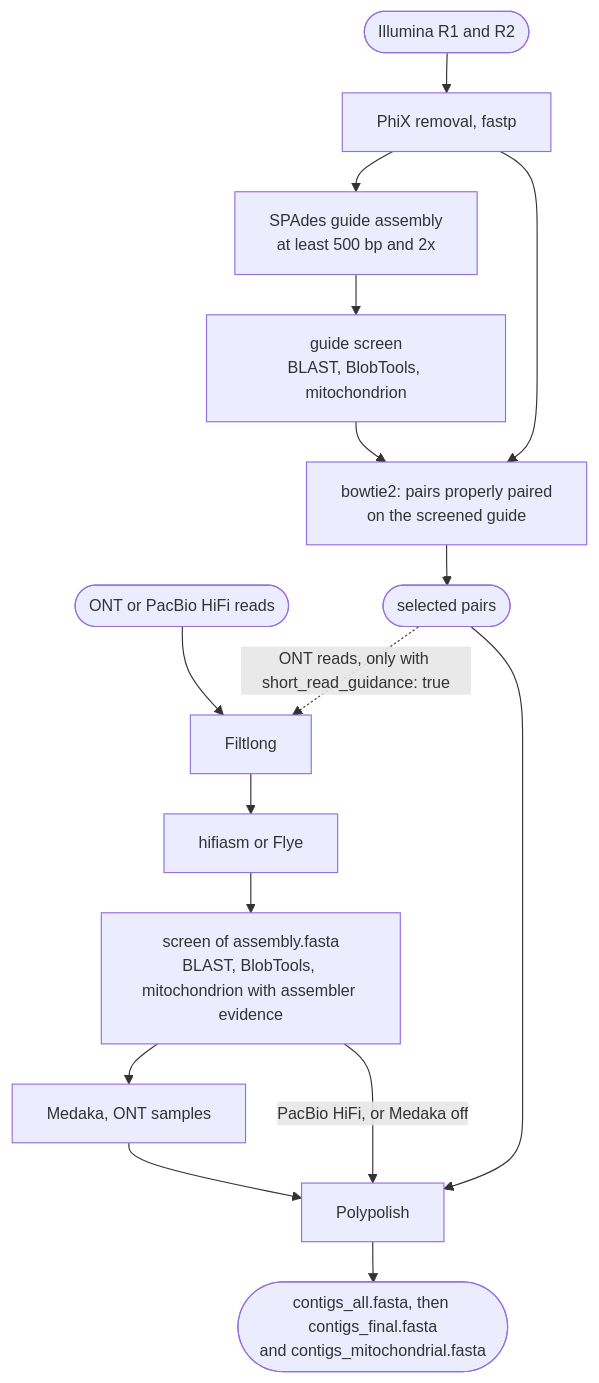
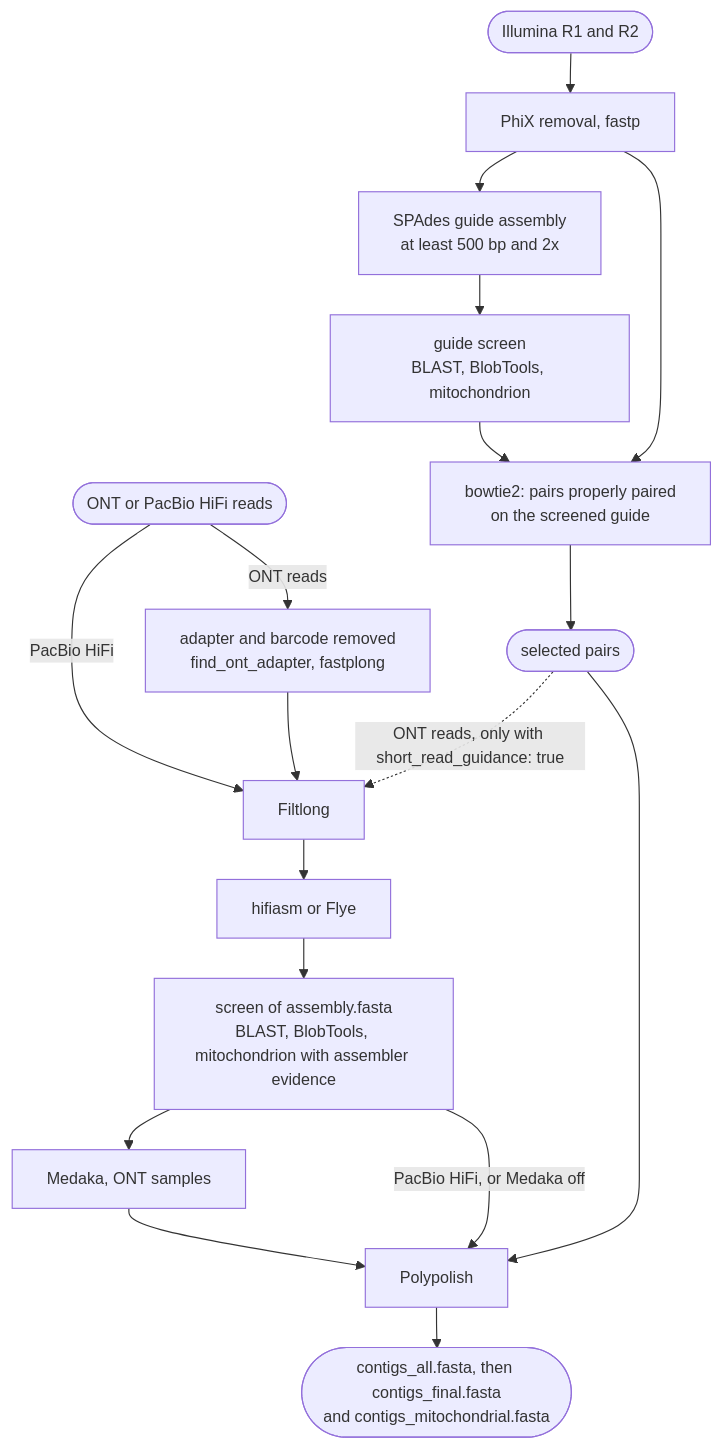
One commit to iLivius/FunFlux changed the diagram in docs/modes/hybrid.md. Above: the diagram before and after it, drawn with Mermaid. The commit also changed other lines of this file and 41 other files, not shown here.

````diff
--- a/docs/modes/hybrid.md
+++ b/docs/modes/hybrid.md
@@ -46,26 +46,28 @@
 ```mermaid
 ---
 config:
   themeVariables:
     fontSize: 14px
   flowchart:
     nodeSpacing: 35
     rankSpacing: 35
 ---
 flowchart TD
     IR([Illumina R1 and R2]) --> TR[PhiX removal, fastp]
     TR --> GA[SPAdes guide assembly<br/>at least 500 bp and 2x]
     GA --> GS[guide screen<br/>BLAST, BlobTools, mitochondrion]
     GS --> SEL[bowtie2: pairs properly paired<br/>on the screened guide]
     TR --> SEL
     SEL --> PAIRS([selected pairs])
-    LR([ONT or PacBio HiFi reads]) --> FL[Filtlong]
+    LR([ONT or PacBio HiFi reads]) -->|PacBio HiFi| FL[Filtlong]
+    LR -->|ONT reads| AT[adapter and barcode removed<br/>find_ont_adapter, fastplong]
+    AT --> FL
     PAIRS -.->|"ONT reads, only with short_read_guidance: true"| FL
     FL --> ASM[hifiasm or Flye]
     ASM --> LS[screen of assembly.fasta<br/>BLAST, BlobTools, mitochondrion with assembler evidence]
     LS --> MD[Medaka, ONT samples]
     MD --> PP[Polypolish]
     LS -->|PacBio HiFi, or Medaka off| PP
     PAIRS --> PP
     PP --> OUT([contigs_all.fasta, then contigs_final.fasta<br/>and contigs_mitochondrial.fasta])
 ```
````
